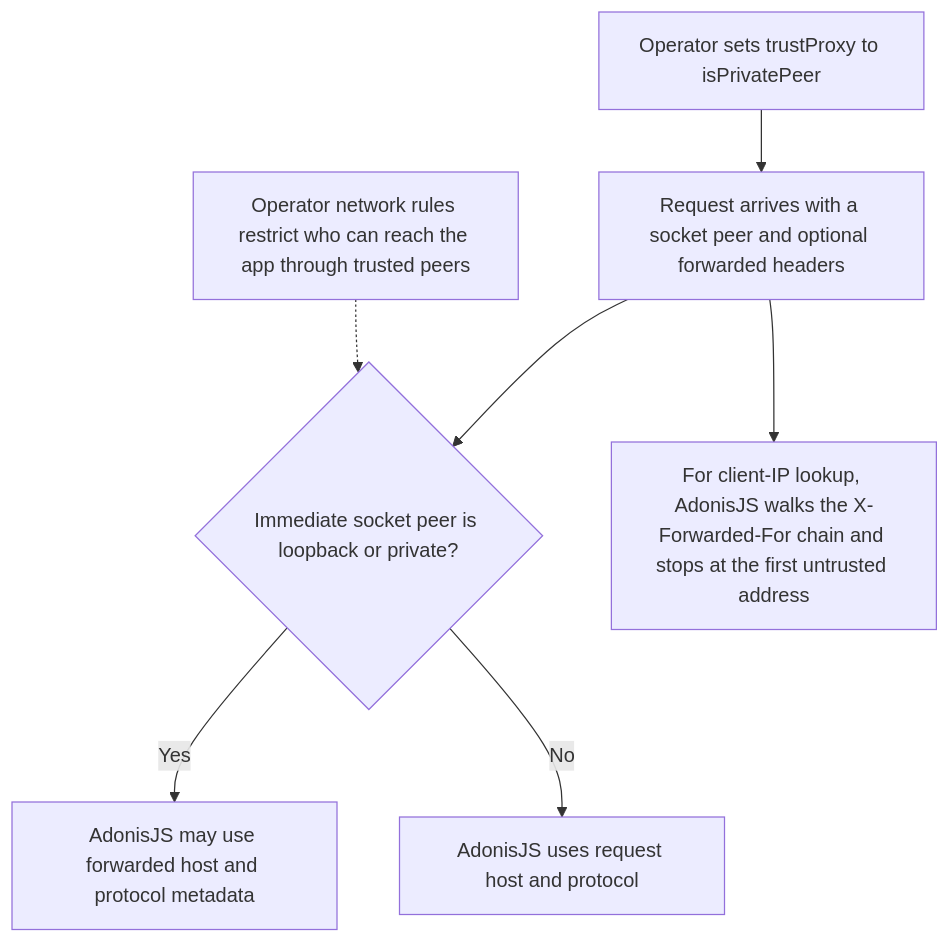
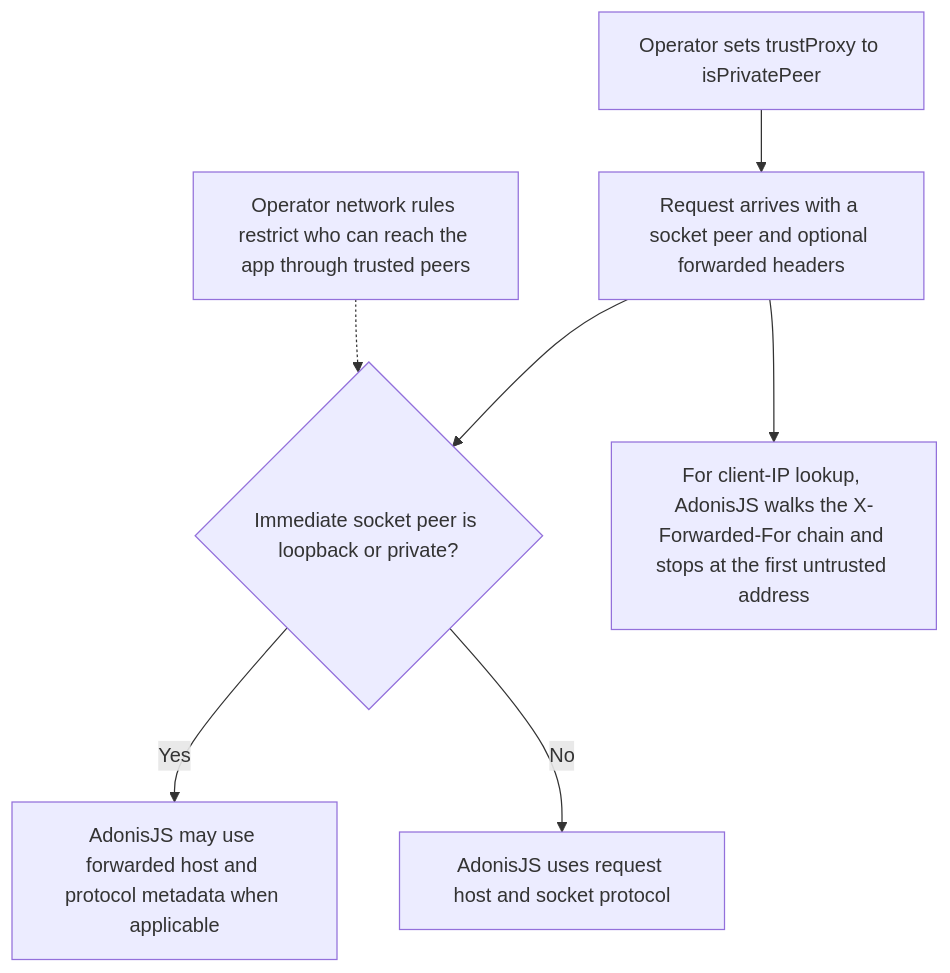
One commit to Kevinjohn/oss-adonisjs-origin-guard changed the first of 2 diagrams in user-stories/US-ORIGIN-04-trust-private-proxy.md. Above: the diagram before and after it, drawn with Mermaid. The commit also changed other lines of this file and 8 other files, not shown here.

````diff
--- a/user-stories/US-ORIGIN-04-trust-private-proxy.md
+++ b/user-stories/US-ORIGIN-04-trust-private-proxy.md
@@ -26,9 +26,9 @@
 ```mermaid
 flowchart TD
     A["Operator sets trustProxy to isPrivatePeer"] --> B["Request arrives with a socket peer and optional forwarded headers"]
     B --> C{"Immediate socket peer is loopback or private?"}
-    C -->|Yes| D["AdonisJS may use forwarded host and protocol metadata"]
-    C -->|No| E["AdonisJS uses request host and protocol"]
+    C -->|Yes| D["AdonisJS may use forwarded host and protocol metadata when applicable"]
+    C -->|No| E["AdonisJS uses request host and socket protocol"]
     B --> F["For client-IP lookup, AdonisJS walks the X-Forwarded-For chain and stops at the first untrusted address"]
     G["Operator network rules restrict who can reach the app through trusted peers"] -.-> C
 ```
````
